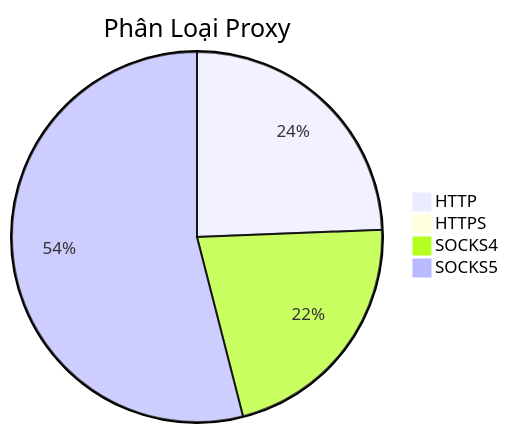
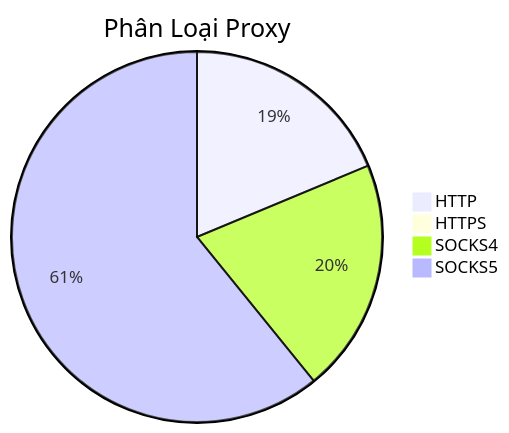
One commit to Ciara-12/PROXY-free changed the diagram in README.md. Above: the diagram before and after it, drawn with Mermaid. The commit also changed other lines of this file and 3 other files, not shown here.

````diff
--- a/README.md
+++ b/README.md
@@ -26,7 +26,7 @@
 ```mermaid
 pie title Phân Loại Proxy
-    "HTTP" : 451
+    "HTTP" : 370
     "HTTPS" : 1
-    "SOCKS4" : 400
-    "SOCKS5" : 999
+    "SOCKS4" : 404
+    "SOCKS5" : 1203
 ```
````
